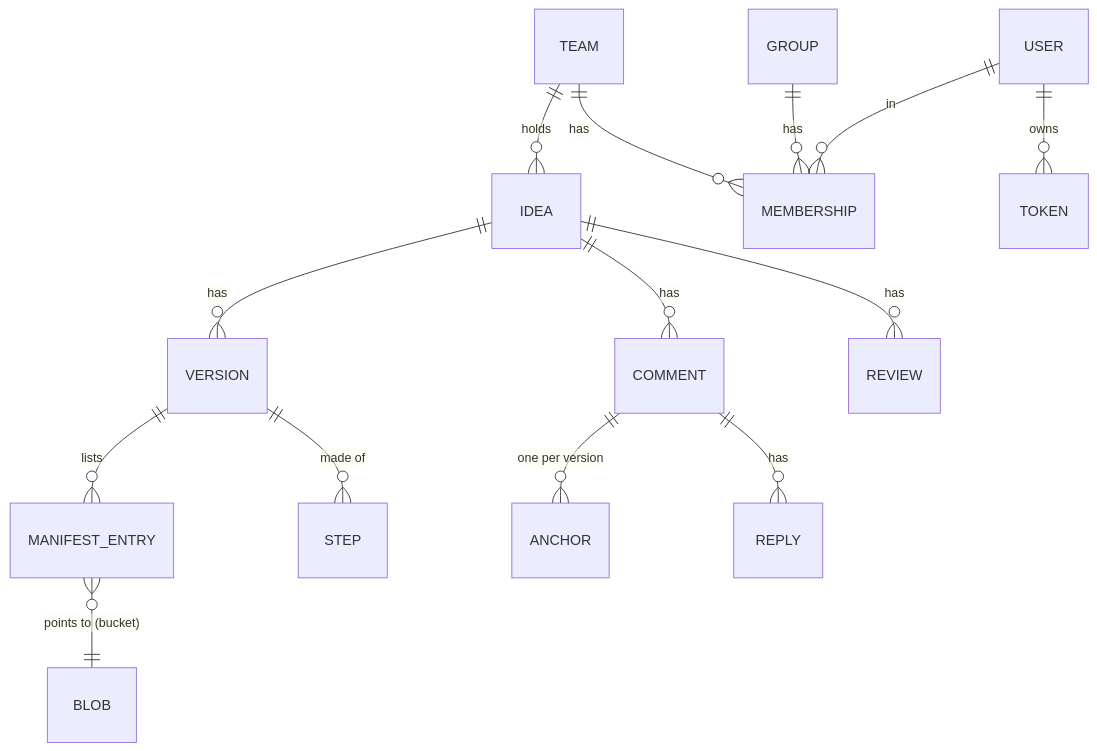
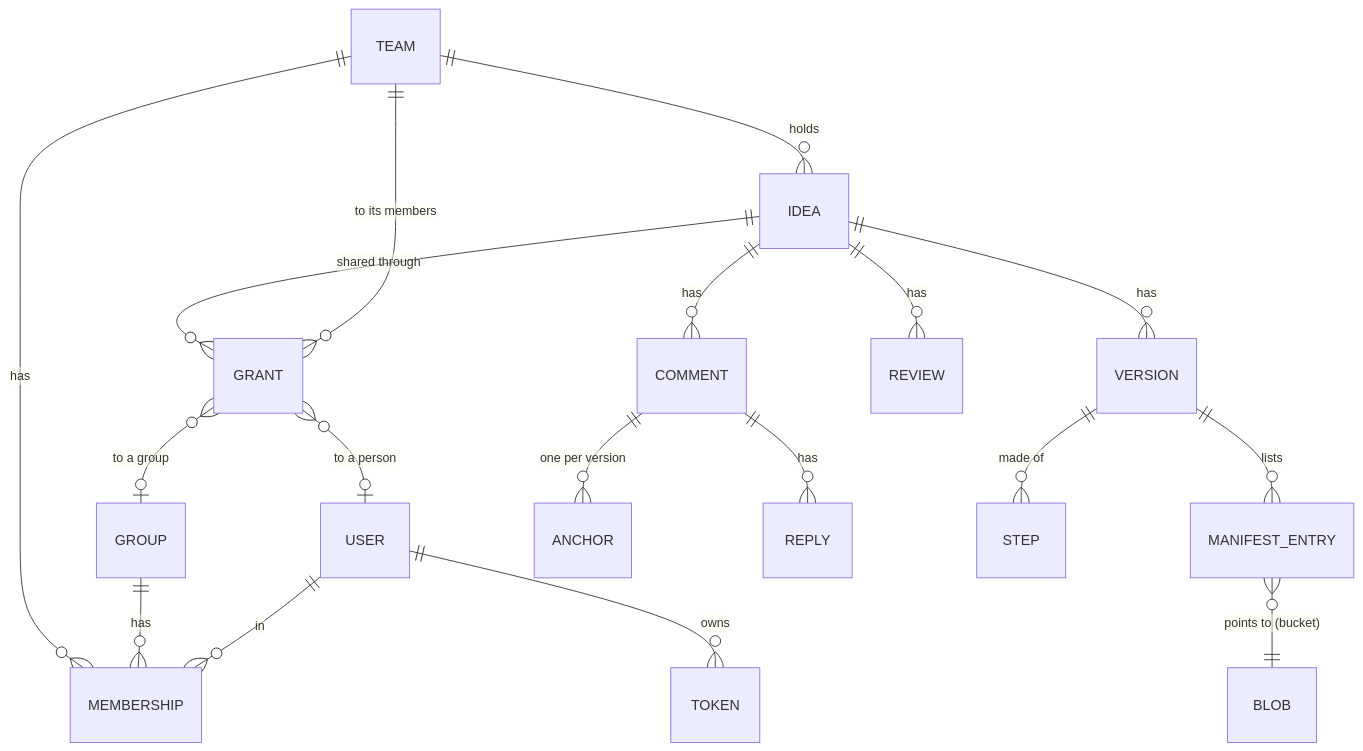
Before and after one commit to ckedwards/ideation-factory: the second of 4 diagrams in docs/mvp/architecture-backend.md, drawn with Mermaid. The commit also changed other lines of this file and 8 other files, not shown here.

First line of the commit message:
docs: per-idea access instead of team visibility

````diff
--- a/docs/mvp/architecture-backend.md
+++ b/docs/mvp/architecture-backend.md
@@ -73,16 +73,20 @@
 ```mermaid
 erDiagram
     TEAM ||--o{ IDEA : holds
     TEAM ||--o{ MEMBERSHIP : has
     GROUP ||--o{ MEMBERSHIP : has
     USER ||--o{ MEMBERSHIP : in
     USER ||--o{ TOKEN : owns
     IDEA ||--o{ VERSION : has
     VERSION ||--o{ MANIFEST_ENTRY : lists
     MANIFEST_ENTRY }o--|| BLOB : "points to (bucket)"
+    IDEA ||--o{ GRANT : "shared through"
+    GRANT }o--o| USER : "to a person"
+    GRANT }o--o| GROUP : "to a group"
+    TEAM ||--o{ GRANT : "to its members"
     IDEA ||--o{ COMMENT : has
     COMMENT ||--o{ ANCHOR : "one per version"
     COMMENT ||--o{ REPLY : has
     IDEA ||--o{ REVIEW : has
     VERSION ||--o{ STEP : "made of"
 ```
````
